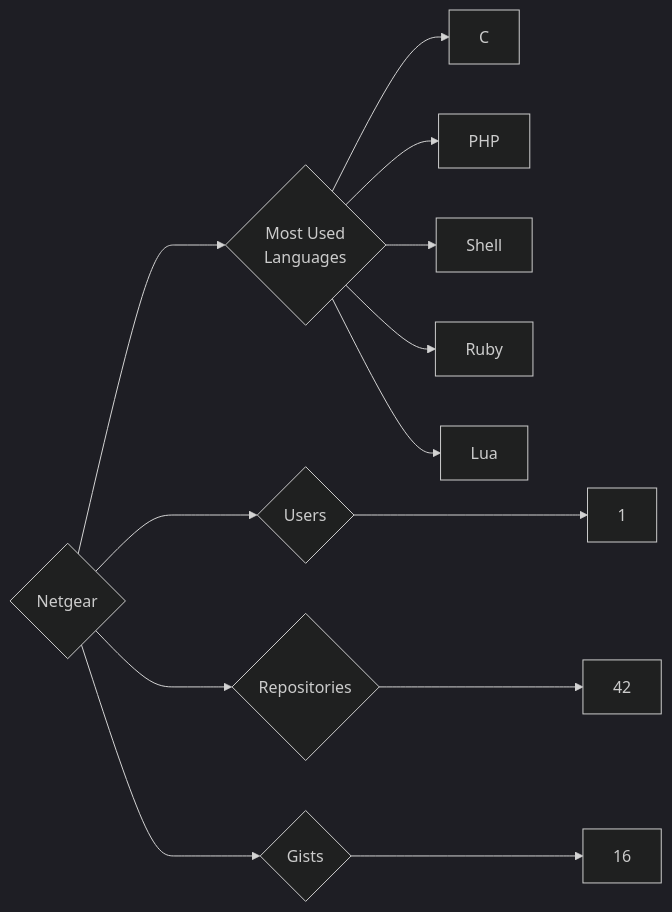
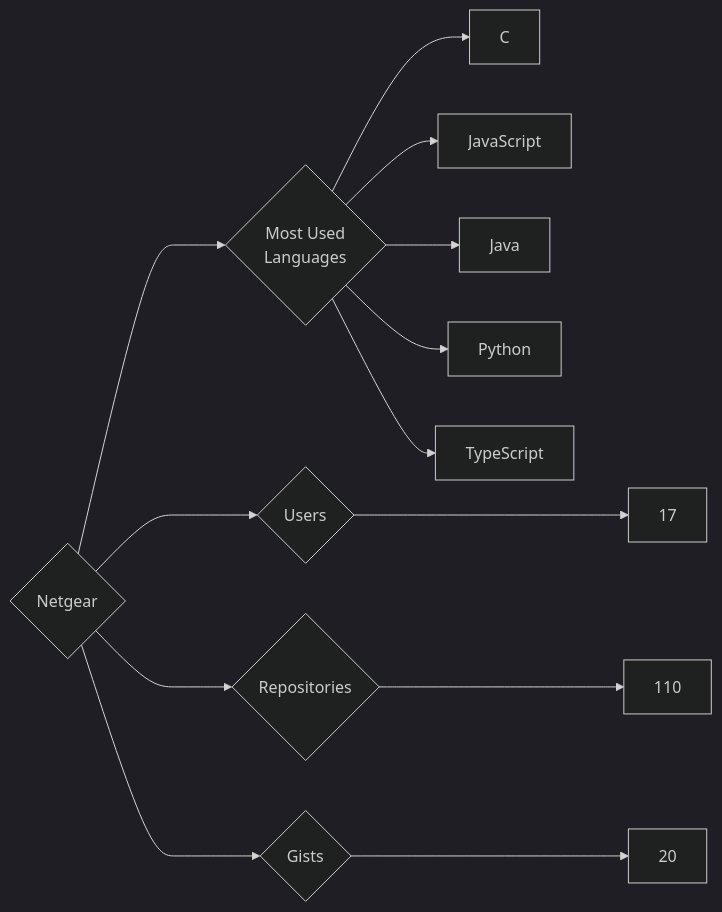
Before and after one commit to trickest/insiders: the diagram in targets/Netgear/README.md, drawn with Mermaid (dark theme). The commit also changed 877 other files, not shown here.

````diff
--- a/targets/Netgear/README.md
+++ b/targets/Netgear/README.md
@@ -3,13 +3,13 @@
 ```mermaid
 graph LR
 COMPANY_NAME{Netgear}
-COMPANY_NAME ---> U{Users} ---> UN[1]
-COMPANY_NAME ---> R{Repositories} ---> RN[42]
-COMPANY_NAME ---> G{Gists} ---> GN[16]
+COMPANY_NAME ---> U{Users} ---> UN[17]
+COMPANY_NAME ---> R{Repositories} ---> RN[110]
+COMPANY_NAME ---> G{Gists} ---> GN[20]
 COMPANY_NAME ---> ML{Most Used<br>Languages}
 ML --> C[C]
-ML --> PHP[PHP]
-ML --> Shell[Shell]
-ML --> Ruby[Ruby]
-ML --> Lua[Lua]
+ML --> JavaScript[JavaScript]
+ML --> Java[Java]
+ML --> Python[Python]
+ML --> TypeScript[TypeScript]
 ```
````
